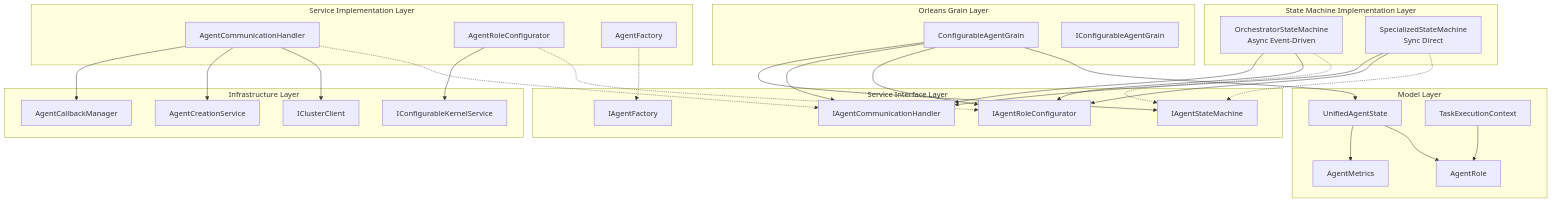
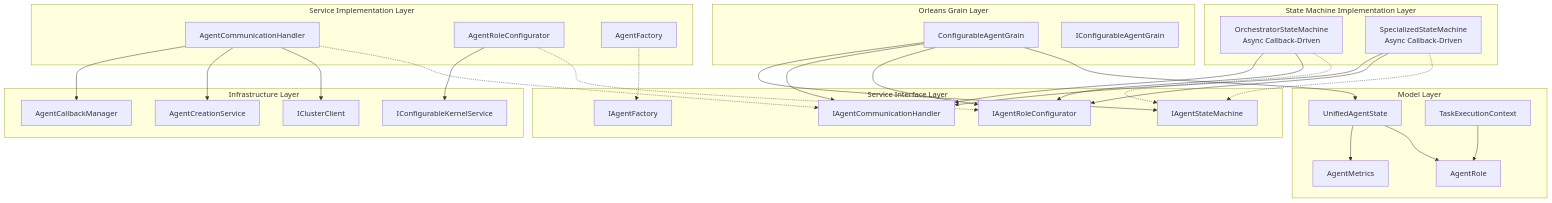
Before and after one commit to gldeng/psi-orleans: the third of 6 diagrams in refactoring-architecture.md, drawn with Mermaid. The commit also changed other lines of this file, not shown here.

Commit message:
Add call back for specialized agent

````diff
--- a/refactoring-architecture.md
+++ b/refactoring-architecture.md
@@ -320,65 +323,65 @@
 ```mermaid
 graph TB
     subgraph "Orleans Grain Layer"
         CG[ConfigurableAgentGrain]
         ICG[IConfigurableAgentGrain]
     end
 
     subgraph "Service Interface Layer"
         ISM[IAgentStateMachine]
         ICH[IAgentCommunicationHandler]
         IRC[IAgentRoleConfigurator]
         IAF[IAgentFactory]
     end
 
     subgraph "State Machine Implementation Layer"
-        OSM[OrchestratorStateMachine<br/>Async Event-Driven]
-        SSM[SpecializedStateMachine<br/>Sync Direct]
+        OSM[OrchestratorStateMachine<br/>Async Callback-Driven]
+        SSM[SpecializedStateMachine<br/>Async Callback-Driven]
     end
 
     subgraph "Service Implementation Layer"
         CH[AgentCommunicationHandler]
         RC[AgentRoleConfigurator]
         AF[AgentFactory]
     end
 
     subgraph "Model Layer"
         UAS[UnifiedAgentState]
         AM[AgentMetrics]
         TEC[TaskExecutionContext]
         AR[AgentRole]
     end
 
     subgraph "Infrastructure Layer"
         KS[IConfigurableKernelService]
         CM[AgentCallbackManager]
         CS[AgentCreationService]
         CC[IClusterClient]
     end
 
     %% Dependencies
     CG --> ISM
     CG --> ICH
     CG --> IRC
     CG --> UAS
 
     OSM --> ICH
     OSM --> IRC
     SSM --> ICH
     SSM --> IRC
     CH --> CM
     CH --> CS
     CH --> CC
     RC --> KS
 
     UAS --> AM
     UAS --> AR
     TEC --> AR
 
     %% Interface implementations
     OSM -.-> ISM
     SSM -.-> ISM
     CH -.-> ICH
     RC -.-> IRC
     AF -.-> IAF
 ```
````
